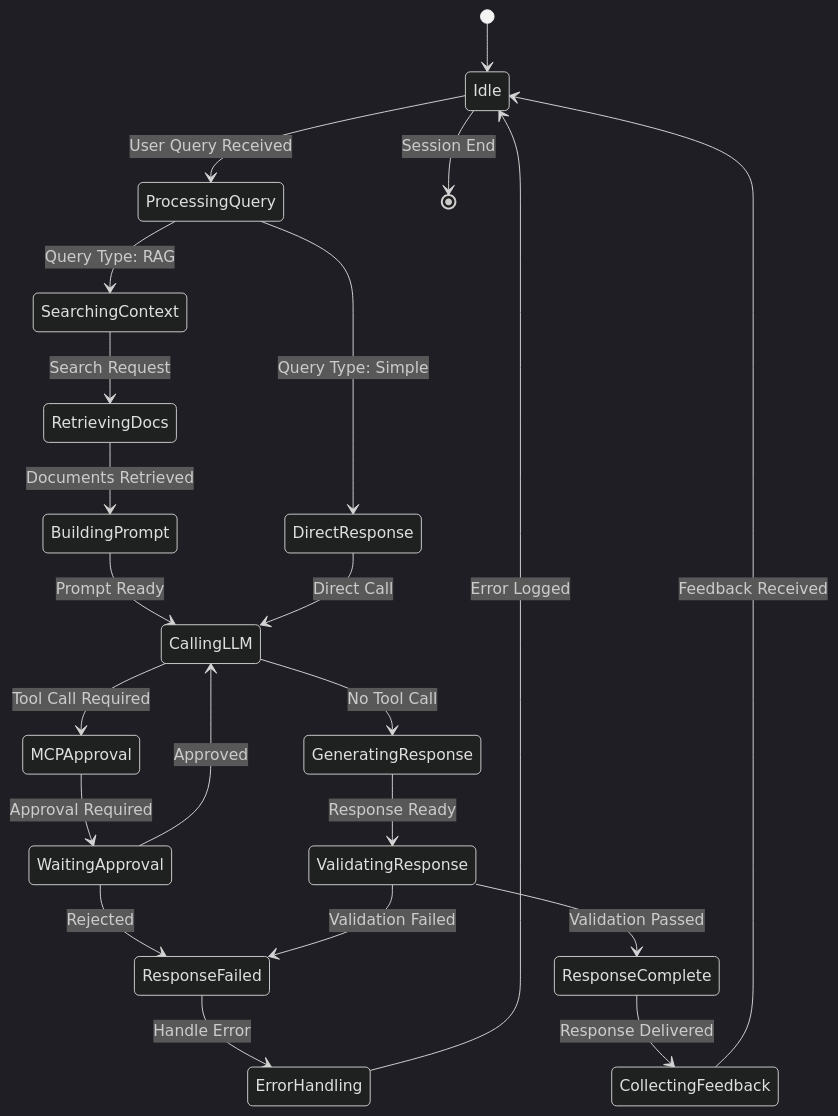
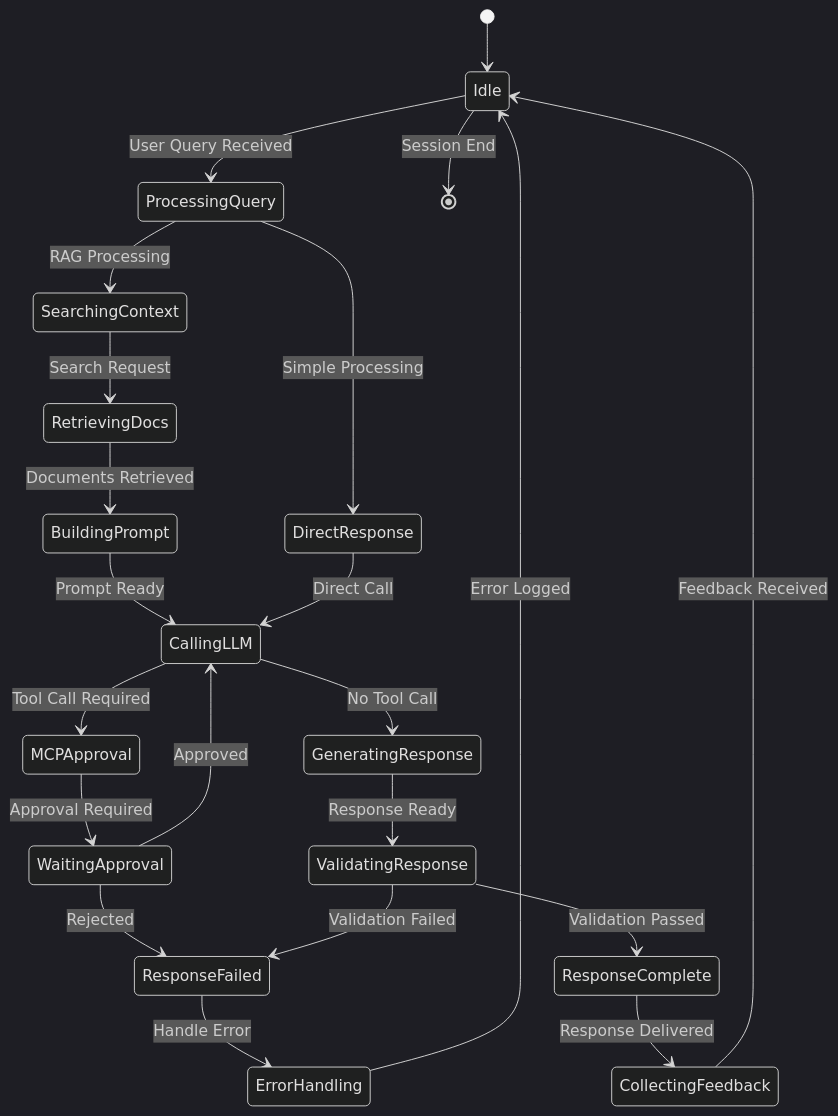
Before and after one commit to balakreshnan/TechconnectFY26Hackfest: the fourth of 7 diagrams in docs/RFP-AGENT-ARCHITECTURE.md, drawn with Mermaid (dark theme).

Commit message:
Fix Mermaid state diagram syntax error by removing extra colons

````diff
--- a/docs/RFP-AGENT-ARCHITECTURE.md
+++ b/docs/RFP-AGENT-ARCHITECTURE.md
@@ -366,35 +366,35 @@
 ```mermaid
 stateDiagram-v2
     [*] --> Idle
     
     Idle --> ProcessingQuery: User Query Received
     
-    ProcessingQuery --> SearchingContext: Query Type: RAG
-    ProcessingQuery --> DirectResponse: Query Type: Simple
+    ProcessingQuery --> SearchingContext: RAG Processing
+    ProcessingQuery --> DirectResponse: Simple Processing
     
     SearchingContext --> RetrievingDocs: Search Request
     RetrievingDocs --> BuildingPrompt: Documents Retrieved
     
     BuildingPrompt --> CallingLLM: Prompt Ready
     DirectResponse --> CallingLLM: Direct Call
     
     CallingLLM --> MCPApproval: Tool Call Required
     CallingLLM --> GeneratingResponse: No Tool Call
     
     MCPApproval --> WaitingApproval: Approval Required
     WaitingApproval --> CallingLLM: Approved
     WaitingApproval --> ResponseFailed: Rejected
     
     GeneratingResponse --> ValidatingResponse: Response Ready
     
     ValidatingResponse --> ResponseComplete: Validation Passed
     ValidatingResponse --> ResponseFailed: Validation Failed
     
     ResponseComplete --> CollectingFeedback: Response Delivered
     ResponseFailed --> ErrorHandling: Handle Error
     
     CollectingFeedback --> Idle: Feedback Received
     ErrorHandling --> Idle: Error Logged
     
     Idle --> [*]: Session End
 ```
````
